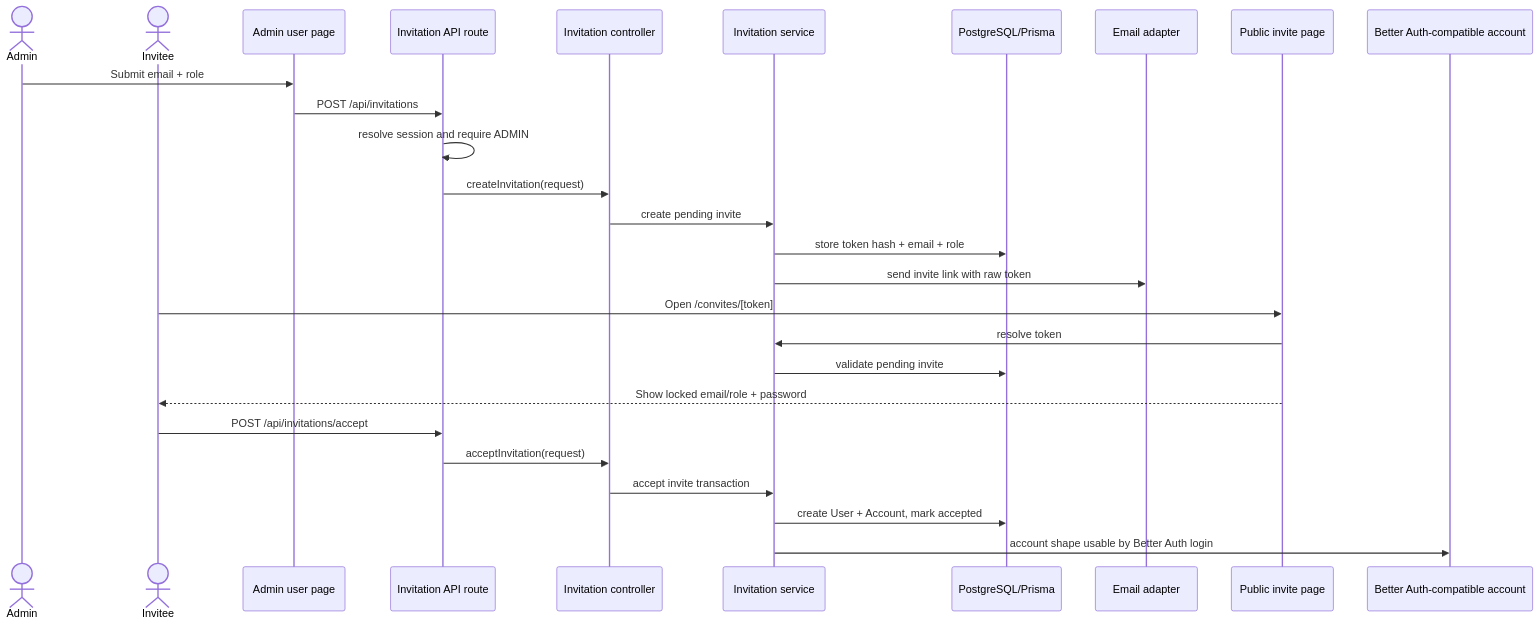
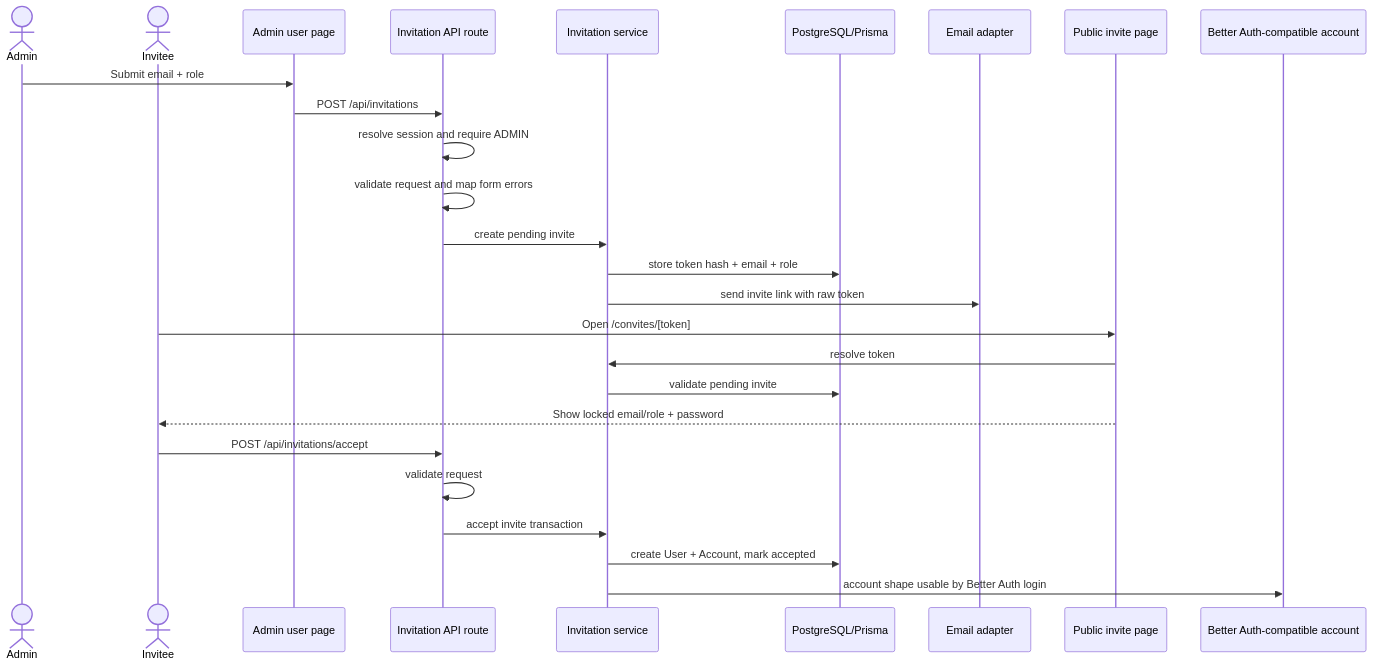
One commit to dpnunez/enade-simulados changed the diagram in .specs/features/user-invitations/design.md. Above: the diagram before and after it, drawn with Mermaid. The commit also changed other lines of this file and 4 other files, not shown here.

````diff
--- a/.specs/features/user-invitations/design.md
+++ b/.specs/features/user-invitations/design.md
@@ -27,30 +27,29 @@
 ```mermaid
 sequenceDiagram
     actor Admin
     actor Invitee
     participant AdminUI as Admin user page
     participant API as Invitation API route
-    participant Controller as Invitation controller
     participant InviteService as Invitation service
     participant DB as PostgreSQL/Prisma
     participant Mail as Email adapter
     participant Register as Public invite page
     participant Auth as Better Auth-compatible account
 
     Admin->>AdminUI: Submit email + role
     AdminUI->>API: POST /api/invitations
     API->>API: resolve session and require ADMIN
-    API->>Controller: createInvitation(request)
-    Controller->>InviteService: create pending invite
+    API->>API: validate request and map form errors
+    API->>InviteService: create pending invite
     InviteService->>DB: store token hash + email + role
     InviteService->>Mail: send invite link with raw token
     Invitee->>Register: Open /convites/[token]
     Register->>InviteService: resolve token
     InviteService->>DB: validate pending invite
     Register-->>Invitee: Show locked email/role + password
     Invitee->>API: POST /api/invitations/accept
-    API->>Controller: acceptInvitation(request)
-    Controller->>InviteService: accept invite transaction
+    API->>API: validate request
+    API->>InviteService: accept invite transaction
     InviteService->>DB: create User + Account, mark accepted
     InviteService->>Auth: account shape usable by Better Auth login
 ```
````
